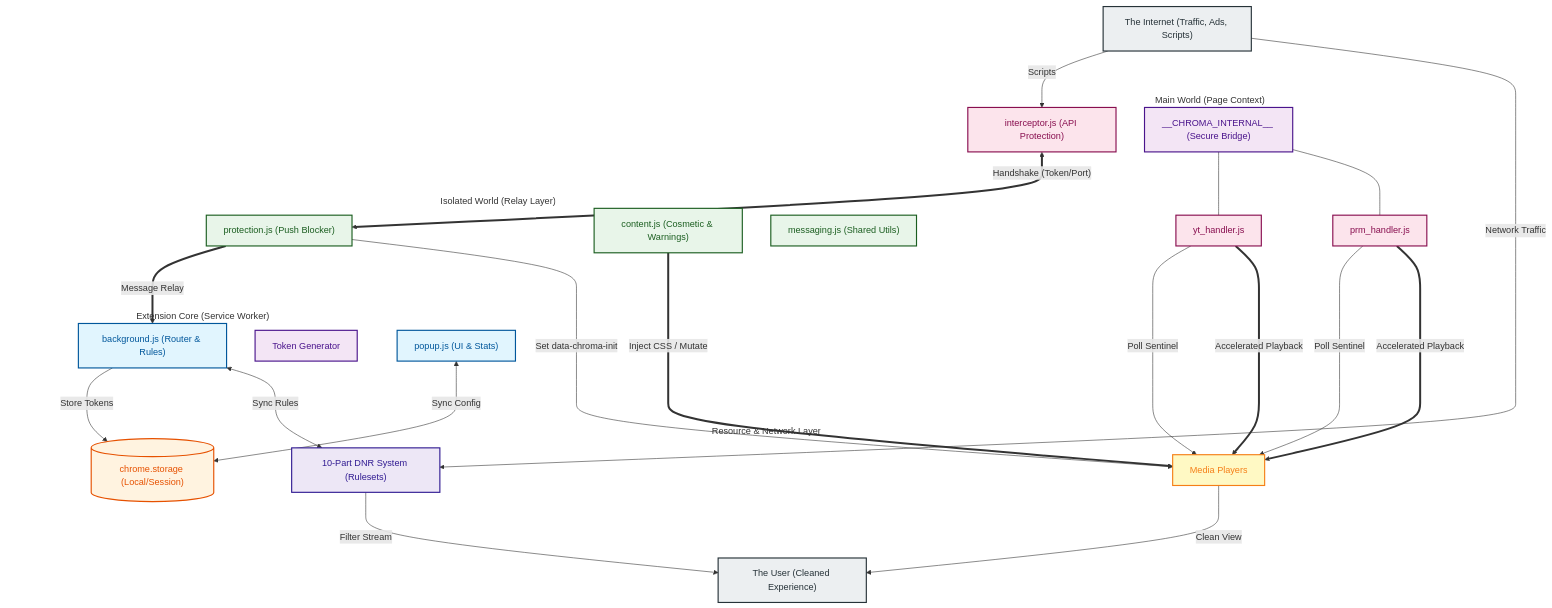
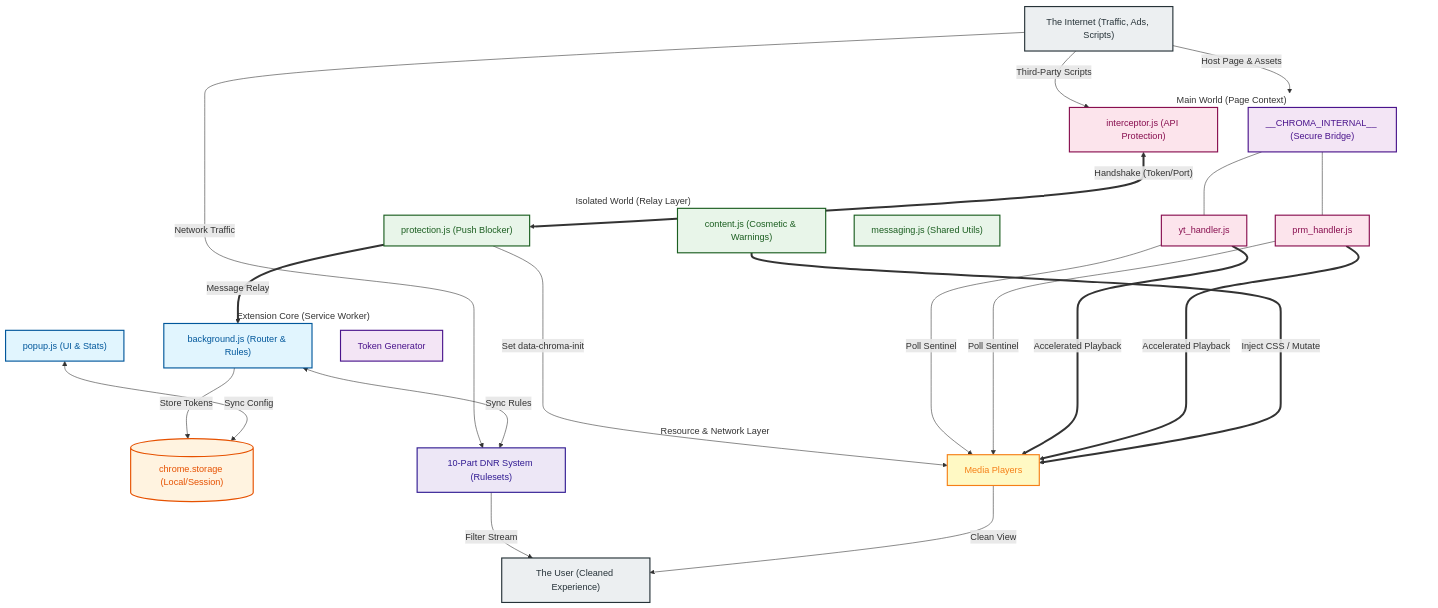
Before and after one commit to Dabrogost/Chroma-Ad-Blocker: the diagram in README.md, drawn with Mermaid.

Commit message:
docs: update architecture diagram in README to reflect middleware and script interception flow

````diff
--- a/README.md
+++ b/README.md
@@ -22,76 +22,77 @@
 ```mermaid
 graph TD
     classDef sw fill:#e1f5fe,color:#01579b,stroke:#01579b,stroke-width:2px
     classDef storage fill:#fff3e0,color:#e65100,stroke:#e65100,stroke-width:2px
     classDef isolated fill:#e8f5e9,color:#1b5e20,stroke:#1b5e20,stroke-width:2px
     classDef main fill:#fce4ec,color:#880e4f,stroke:#880e4f,stroke-width:2px
     classDef dnr fill:#ede7f6,color:#311b92,stroke:#311b92,stroke-width:2px
     classDef dom fill:#fff9c4,color:#f57f17,stroke:#f57f17,stroke-width:2px
     classDef secure fill:#f3e5f5,color:#4a148c,stroke:#4a148c,stroke-width:2px
     classDef actor fill:#eceff1,color:#263238,stroke:#263238,stroke-width:2px
 
     %% --- LAYER 0: ENTRANCE ---
     INTERNET["The Internet (Traffic, Ads, Scripts)"]:::actor
 
     %% --- LAYER 1: MAIN WORLD (Execution Context) ---
     subgraph MW["Main World (Page Context)"]
         INTERCEPT["interceptor.js (API Protection)"]:::main
         YT_H["yt_handler.js"]:::main
         PRM_H["prm_handler.js"]:::main
         BRIDGE["__CHROMA_INTERNAL__ (Secure Bridge)"]:::secure
     end
 
     %% --- LAYER 2: ISOLATED WORLD (Extension Context) ---
     subgraph IW["Isolated World (Relay Layer)"]
         PROT["protection.js (Push Blocker)"]:::isolated
         CONT["content.js (Cosmetic & Warnings)"]:::isolated
         MSG_U["messaging.js (Shared Utils)"]:::isolated
     end
 
     %% --- LAYER 3: SERVICE WORKER CORE ---
     subgraph SW["Extension Core (Service Worker)"]
         BG["background.js (Router & Rules)"]:::sw
         TOKEN_G["Token Generator"]:::secure
     end
 
     %% --- LAYER 4: INFRASTRUCTURE ---
     subgraph System["Resource & Network Layer"]
         STORAGE[("chrome.storage (Local/Session)")]:::storage
         DNR["10-Part DNR System (Rulesets)"]:::dnr
         PLAYER["Media Players"]:::dom
     end
 
     %% --- LAYER 5: UI ---
     POPUP["popup.js (UI & Stats)"]:::sw
     USER["The User (Cleaned Experience)"]:::actor
 
     %% --- PIPELINE FLOW ---
-    INTERNET -- "Scripts" --> INTERCEPT
+    INTERNET -- "Host Page & Assets" --> MW
+    INTERNET -- "Third-Party Scripts" --> INTERCEPT
     INTERNET -- "Network Traffic" --> DNR
     
     INTERCEPT <==>|"Handshake (Token/Port)"| PROT
     PROT ==>|"Message Relay"| BG
     BG -- "Store Tokens" --> STORAGE
     
     PROT -- "Set data-chroma-init" --> PLAYER
     YT_H -- "Poll Sentinel" --> PLAYER
     PRM_H -- "Poll Sentinel" --> PLAYER
     
     BRIDGE --- YT_H
     BRIDGE --- PRM_H
     YT_H ==>|"Accelerated Playback"| PLAYER
     PRM_H ==>|"Accelerated Playback"| PLAYER
     
     CONT ==>|"Inject CSS / Mutate"| PLAYER
     DNR -- "Filter Stream" --> USER
     PLAYER -- "Clean View" --> USER
     
     POPUP <-->|"Sync Config"| STORAGE
     BG <-->|"Sync Rules"| DNR
 
     %% Style Tweaks
     style MW fill:none,stroke:none
     style IW fill:none,stroke:none
     style SW fill:none,stroke:none
     style System fill:none,stroke:none
 ```
````
